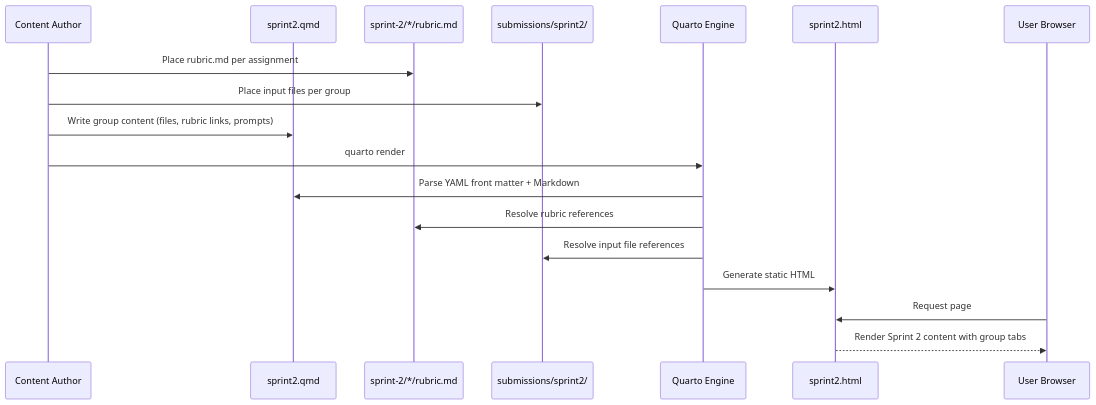
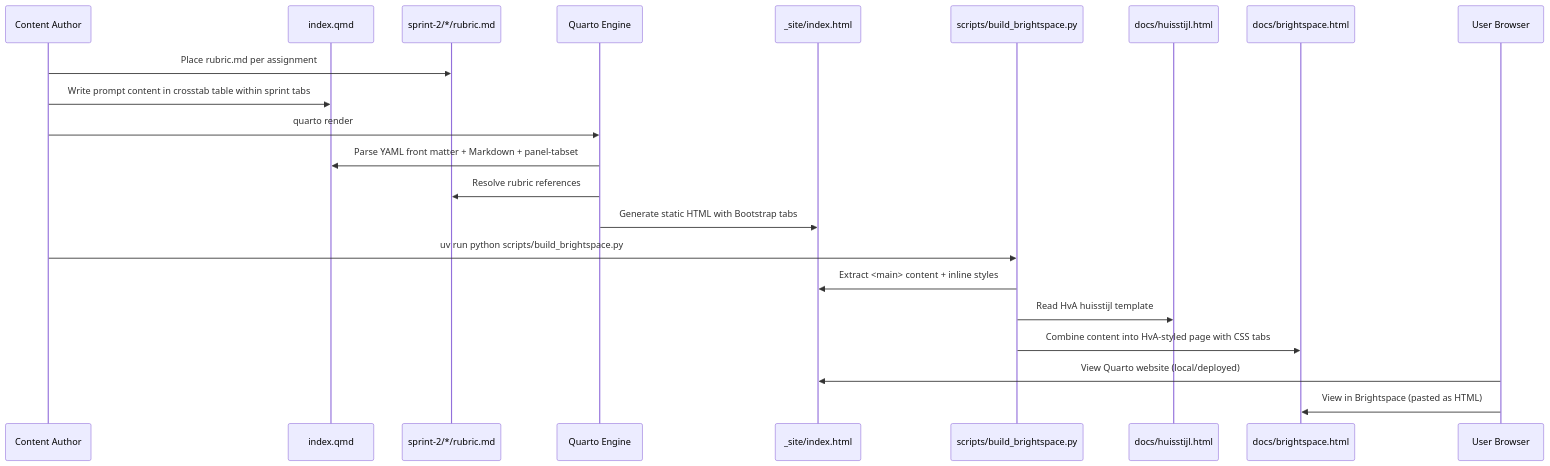
One commit to jan-ru/hva-tools changed the second of 2 diagrams in opm/.kiro/specs/opm-sprint2-webpage/design.md. Above: the diagram before and after it, drawn with Mermaid. The commit also changed other lines of this file and 12 other files, not shown here.

First line of the commit message:
Refactor: single page with sprint tabs, crosstab table, HvA Brightspace integration

````diff
--- a/opm/.kiro/specs/opm-sprint2-webpage/design.md
+++ b/opm/.kiro/specs/opm-sprint2-webpage/design.md
@@ -53,21 +61,25 @@
 ```mermaid
 sequenceDiagram
     participant Author as Content Author
-    participant QMD as sprint2.qmd
+    participant QMD as index.qmd
     participant Rubrics as sprint-2/*/rubric.md
-    participant Assets as submissions/sprint2/
     participant Quarto as Quarto Engine
-    participant HTML as sprint2.html
+    participant SiteHTML as _site/index.html
+    participant Script as scripts/build_brightspace.py
+    participant Template as docs/huisstijl.html
+    participant BSHTML as docs/brightspace.html
     participant Browser as User Browser
 
     Author->>Rubrics: Place rubric.md per assignment
-    Author->>Assets: Place input files per group
-    Author->>QMD: Write group content (files, rubric links, prompts)
+    Author->>QMD: Write prompt content in crosstab table within sprint tabs
     Author->>Quarto: quarto render
-    Quarto->>QMD: Parse YAML front matter + Markdown
+    Quarto->>QMD: Parse YAML front matter + Markdown + panel-tabset
     Quarto->>Rubrics: Resolve rubric references
-    Quarto->>Assets: Resolve input file references
-    Quarto->>HTML: Generate static HTML
-    Browser->>HTML: Request page
-    HTML-->>Browser: Render Sprint 2 content with group tabs
+    Quarto->>SiteHTML: Generate static HTML with Bootstrap tabs
+    Author->>Script: uv run python scripts/build_brightspace.py
+    Script->>SiteHTML: Extract <main> content + inline styles
+    Script->>Template: Read HvA huisstijl template
+    Script->>BSHTML: Combine content into HvA-styled page with CSS tabs
+    Browser->>SiteHTML: View Quarto website (local/deployed)
+    Browser->>BSHTML: View in Brightspace (pasted as HTML)
 ```
````
